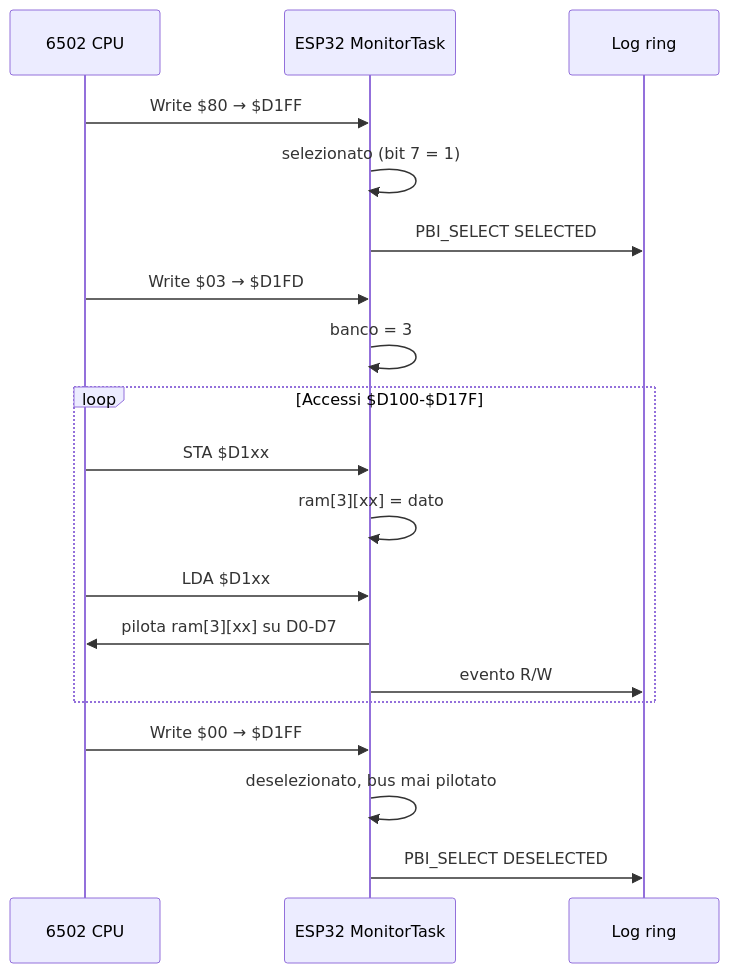
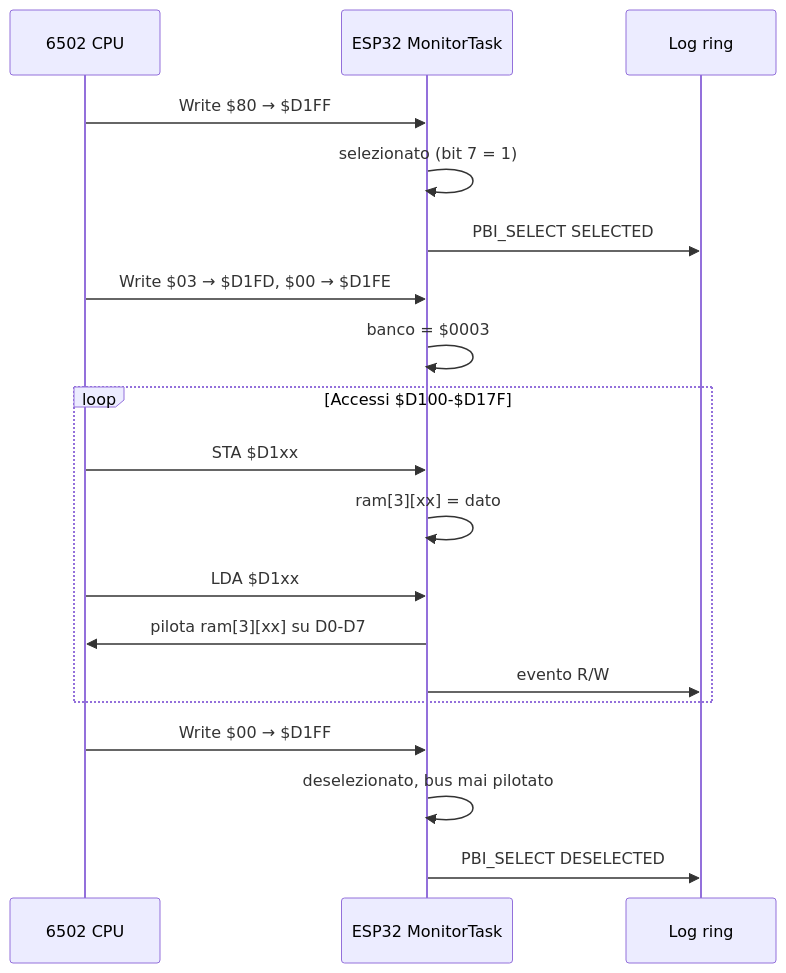
The third of 4 diagrams in README.md (gianlucarenzi/ESP32-BOBOARD-5V), drawn with Mermaid before and after one commit. The commit also changed other lines of this file and 9 other files, not shown here.

````diff
--- a/README.md
+++ b/README.md
@@ -345,24 +348,24 @@
 ```mermaid
 sequenceDiagram
     participant CPU as 6502 CPU
     participant ESP as ESP32 MonitorTask
     participant L  as Log ring
 
     CPU->>ESP: Write $80 → $D1FF
     ESP->>ESP: selezionato (bit 7 = 1)
     ESP->>L: PBI_SELECT SELECTED
 
-    CPU->>ESP: Write $03 → $D1FD
-    ESP->>ESP: banco = 3
+    CPU->>ESP: Write $03 → $D1FD, $00 → $D1FE
+    ESP->>ESP: banco = $0003
     loop Accessi $D100-$D17F
         CPU->>ESP: STA $D1xx
         ESP->>ESP: ram[3][xx] = dato
         CPU->>ESP: LDA $D1xx
         ESP->>CPU: pilota ram[3][xx] su D0-D7
         ESP->>L: evento R/W
     end
 
     CPU->>ESP: Write $00 → $D1FF
     ESP->>ESP: deselezionato, bus mai pilotato
     ESP->>L: PBI_SELECT DESELECTED
 ```
````
